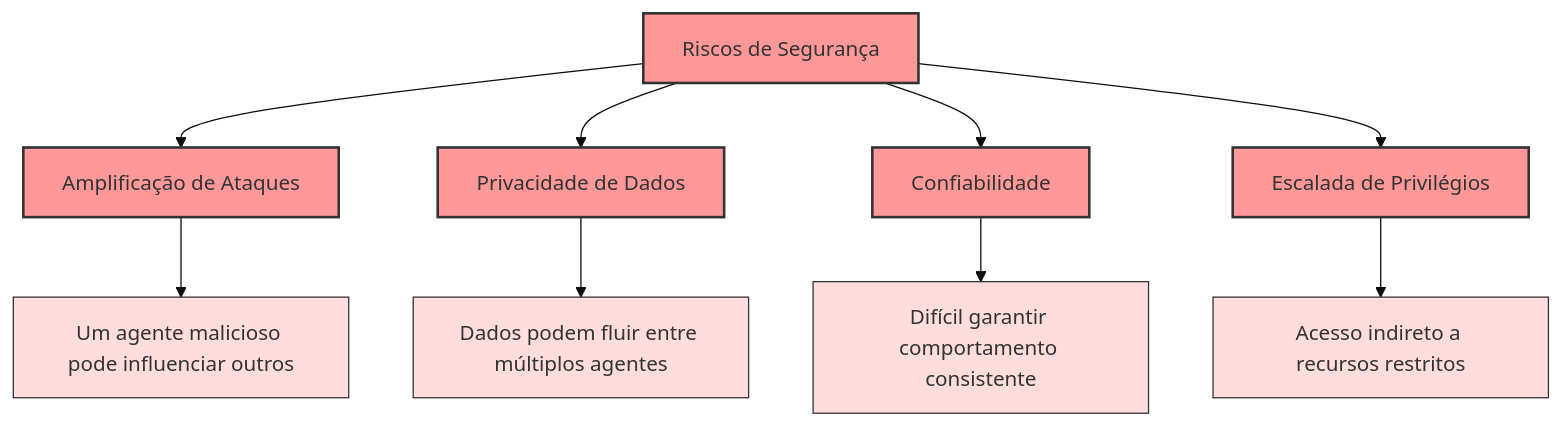
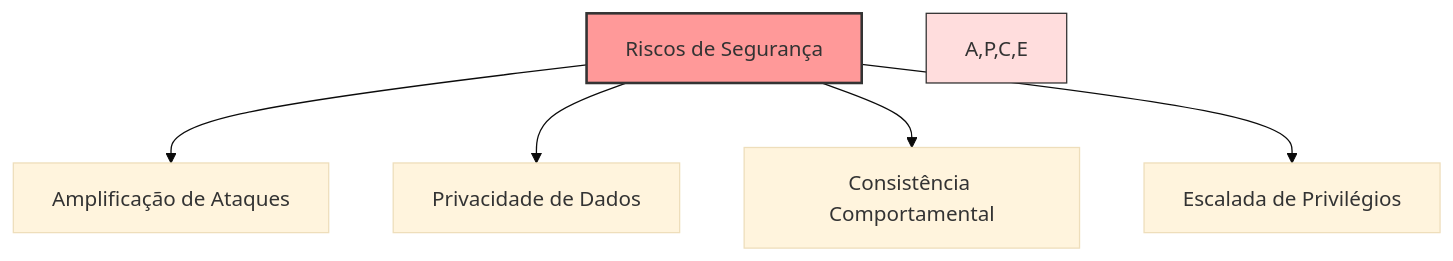
One commit to felipepimentel/my-public-notes changed the ninth of 11 diagrams in AI/Communication/A2A/a2a - overview.md. Above: the diagram before and after it, drawn with Mermaid (base theme). The commit also changed other lines of this file, not shown here.

````diff
--- a/AI/Communication/A2A/a2a - overview.md
+++ b/AI/Communication/A2A/a2a - overview.md
@@ -442,29 +344,10 @@
 ```mermaid
-
 graph TD
-
-S[Riscos de Segurança] --> A[Amplificação de Ataques]
-
-S --> P[Privacidade de Dados]
-
-S --> C[Confiabilidade]
-
-S --> E[Escalada de Privilégios]
-
-A --> A1[Um agente malicioso pode influenciar outros]
-
-P --> P1[Dados podem fluir entre múltiplos agentes]
-
-C --> C1[Difícil garantir comportamento consistente]
-
-E --> E1[Acesso indireto a recursos restritos]
-
-classDef risco fill:#ff9999,stroke:#333,stroke-width:2px;
-
-classDef detalhe fill:#ffdddd,stroke:#333,stroke-width:1px;
-
-class S,A,P,C,E risco;
-
-class A1,P1,C1,E1 detalhe;
-
+    S[Riscos de Segurança] --> A[Amplificação de Ataques]
+    S --> P[Privacidade de Dados]
+    S --> C[Consistência Comportamental]
+    S --> E[Escalada de Privilégios]
+    
+    style S fill:#ff9999,stroke:#333,stroke-width:2px
+    style A,P,C,E fill:#ffdddd,stroke:#333,stroke-width:1px
 ```
````
